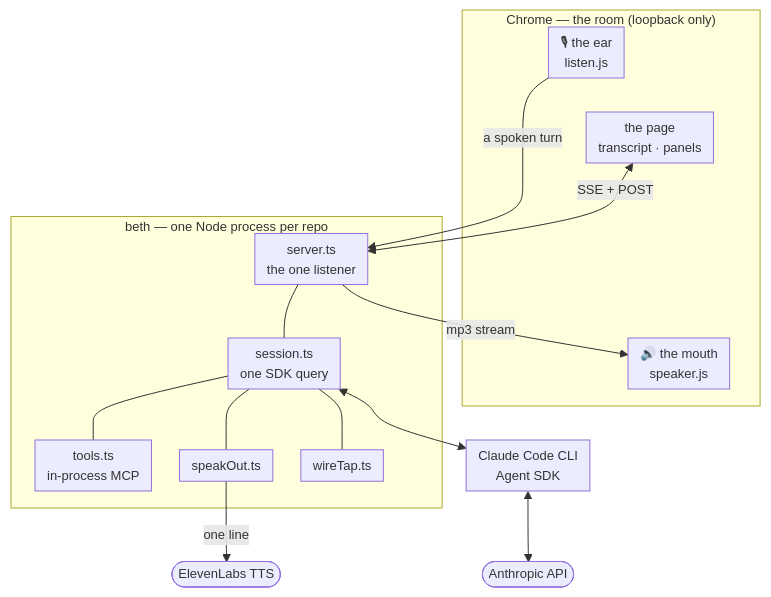
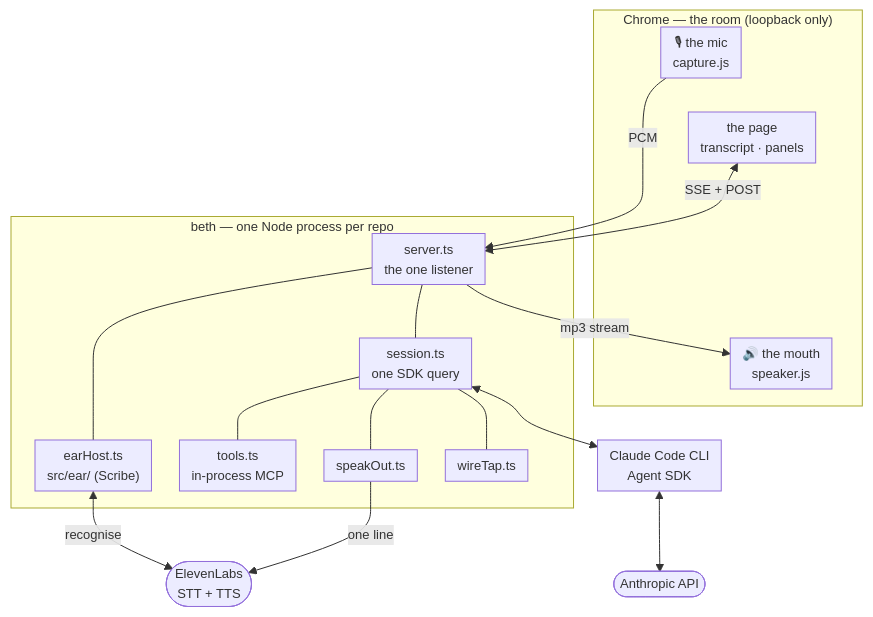
Before and after one commit to dannybrian/beth: the first of 2 diagrams in README.md, drawn with Mermaid. The commit also changed other lines of this file and 42 other files, not shown here.

````diff
--- a/README.md
+++ b/README.md
@@ -116,33 +99,36 @@
 ```mermaid
 %%{init: {"themeVariables": {"fontSize": "13px"}, "flowchart": {"nodeSpacing": 28, "rankSpacing": 34, "padding": 6}}}%%
 flowchart TB
   subgraph BROWSER["Chrome — the room (loopback only)"]
-    EAR["🎙 the ear<br/>listen.js"]
+    EAR["🎙 the mic<br/>capture.js"]
     UI["the page<br/>transcript · panels"]
     MOUTH["🔊 the mouth<br/>speaker.js"]
     EAR ~~~ UI ~~~ MOUTH
   end
 
   subgraph HARNESS["beth — one Node process per repo"]
     SRV["server.ts<br/>the one listener"]
+    STT["earHost.ts<br/>src/ear/ (Scribe)"]
     SES["session.ts<br/>one SDK query"]
     MCP["tools.ts<br/>in-process MCP"]
     TTS["speakOut.ts"]
     TAP["wireTap.ts"]
+    SRV --- STT
     SRV --- SES
     SES --- MCP
     SES --- TAP
     SES --- TTS
   end
 
   CC["Claude Code CLI<br/>Agent SDK"]
   ANTH(["Anthropic API"])
-  XI(["ElevenLabs TTS"])
+  XI(["ElevenLabs<br/>STT + TTS"])
 
-  EAR -->|"a spoken turn"| SRV
+  EAR -->|"PCM"| SRV
+  STT <-->|"recognise"| XI
   UI <-->|"SSE + POST"| SRV
   SRV -->|"mp3 stream"| MOUTH
   SES <--> CC
   CC <--> ANTH
   TTS -->|"one line"| XI
 ```
````
